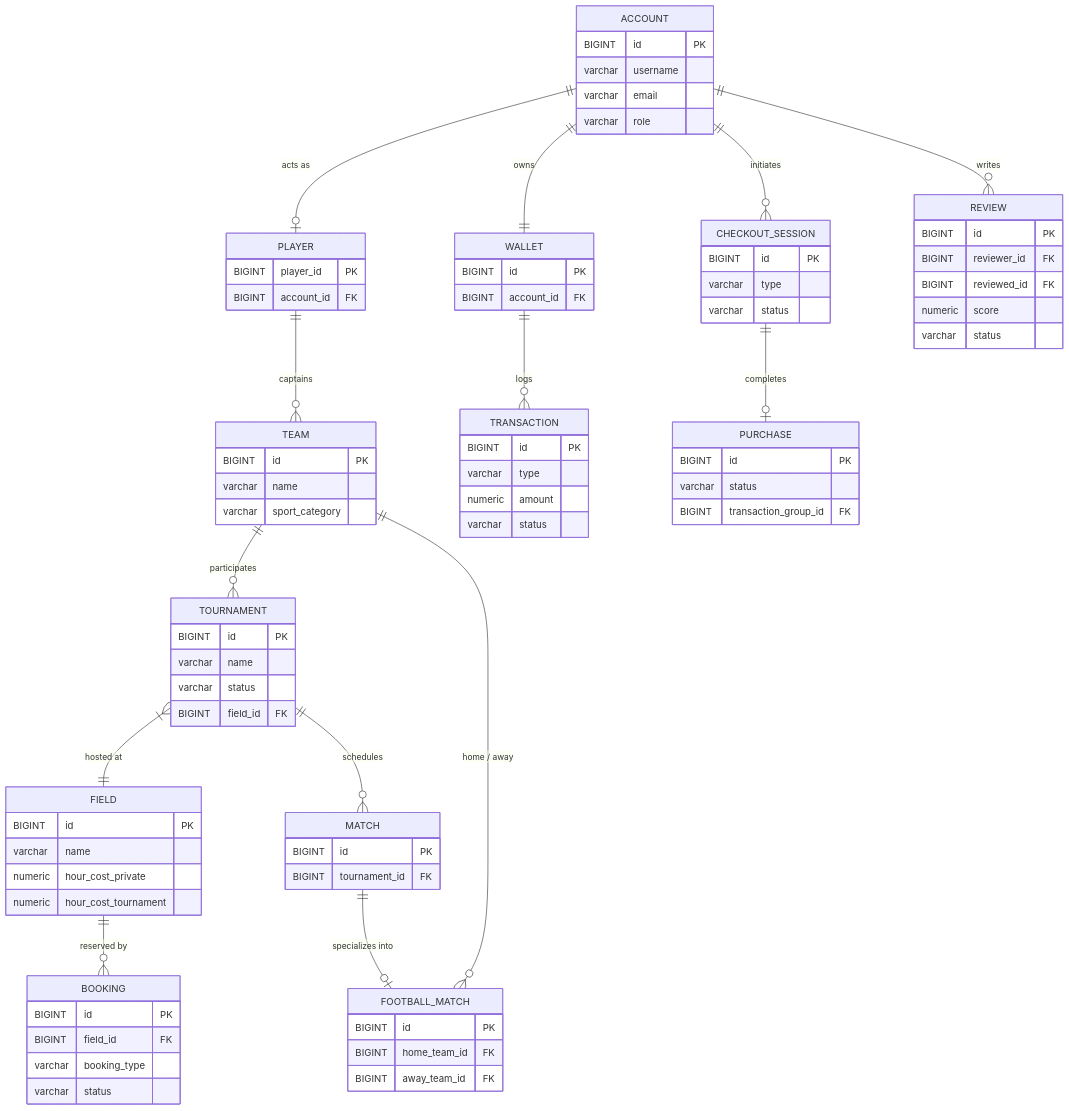
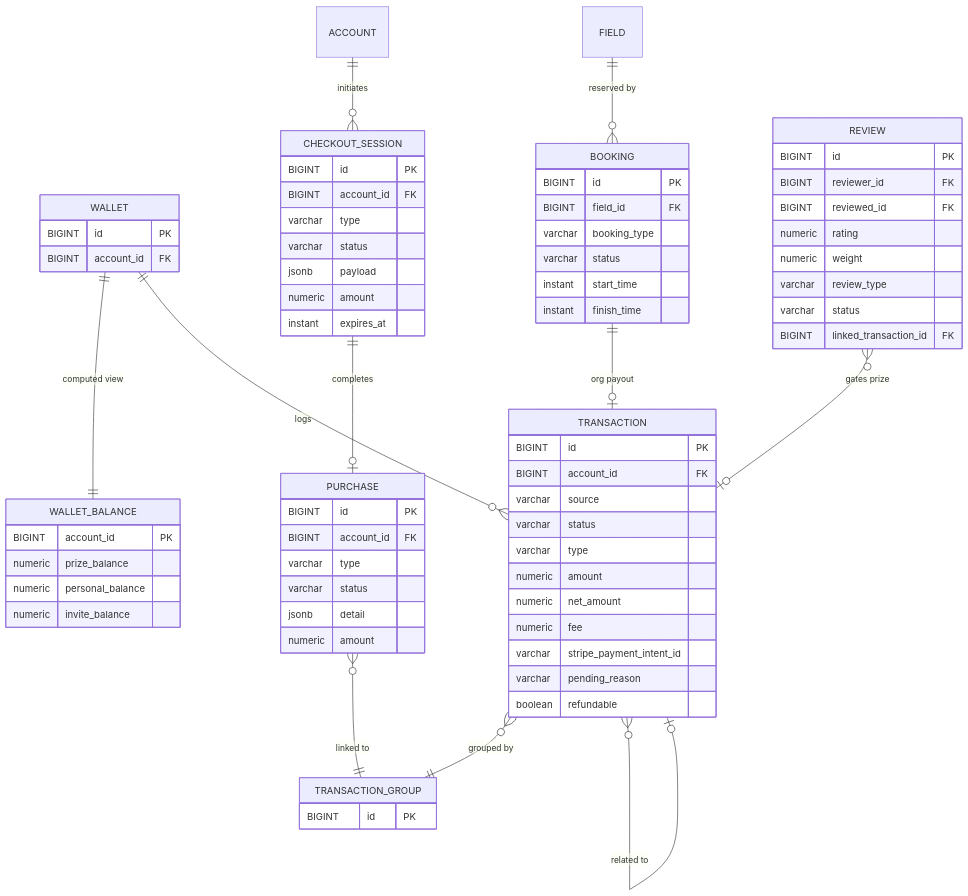
Before and after one commit to lorisdj02/atl-backend: the sixth of 6 diagrams in README.md, drawn with Mermaid. The commit also changed other lines of this file, not shown here.

Commit message:
docs: update README with comprehensive ER diagrams and tournament phase documentation

````diff
--- a/README.md
+++ b/README.md
@@ -127,86 +260,75 @@
 ```mermaid
 erDiagram
-    ACCOUNT {
-        BIGINT id PK
-        varchar username
-        varchar email
-        varchar role
-    }
-    PLAYER {
-        BIGINT player_id PK
-        BIGINT account_id FK
-    }
-    TEAM {
-        BIGINT id PK
-        varchar name
-        varchar sport_category
-    }
-    TOURNAMENT {
-        BIGINT id PK
-        varchar name
-        varchar status
-        BIGINT field_id FK
-    }
-    MATCH {
-        BIGINT id PK
-        BIGINT tournament_id FK
-    }
-    FOOTBALL_MATCH {
-        BIGINT id PK
-        BIGINT home_team_id FK
-        BIGINT away_team_id FK
-    }
-    FIELD {
-        BIGINT id PK
-        varchar name
-        numeric hour_cost_private
-        numeric hour_cost_tournament
-    }
     WALLET {
         BIGINT id PK
         BIGINT account_id FK
     }
+    WALLET_BALANCE {
+        BIGINT account_id PK
+        numeric prize_balance
+        numeric personal_balance
+        numeric invite_balance
+    }
     TRANSACTION {
         BIGINT id PK
+        BIGINT account_id FK
+        varchar source
+        varchar status
         varchar type
         numeric amount
-        varchar status
+        numeric net_amount
+        numeric fee
+        varchar stripe_payment_intent_id
+        varchar pending_reason
+        boolean refundable
+    }
+    TRANSACTION_GROUP {
+        BIGINT id PK
     }
     CHECKOUT_SESSION {
         BIGINT id PK
+        BIGINT account_id FK
         varchar type
         varchar status
+        jsonb payload
+        numeric amount
+        instant expires_at
     }
     PURCHASE {
         BIGINT id PK
+        BIGINT account_id FK
+        varchar type
         varchar status
-        BIGINT transaction_group_id FK
+        jsonb detail
+        numeric amount
     }
     BOOKING {
         BIGINT id PK
         BIGINT field_id FK
         varchar booking_type
         varchar status
+        instant start_time
+        instant finish_time
     }
     REVIEW {
         BIGINT id PK
         BIGINT reviewer_id FK
         BIGINT reviewed_id FK
-        numeric score
+        numeric rating
+        numeric weight
+        varchar review_type
         varchar status
+        BIGINT linked_transaction_id FK
     }
 
-    ACCOUNT ||--o| PLAYER : "acts as"
-    ACCOUNT ||--|| WALLET : "owns"
+    WALLET ||--|| WALLET_BALANCE : "computed view"
     WALLET ||--o{ TRANSACTION : "logs"
-    PLAYER ||--o{ TEAM : "captains"
-    TEAM ||--o{ TOURNAMENT : "participates"
-    TOURNAMENT }|--|| FIELD : "hosted at"
-    TOURNAMENT ||--o{ MATCH : "schedules"
-    MATCH ||--o| FOOTBALL_MATCH : "specializes into"
-    FOOTBALL_MATCH }o--|| TEAM : "home / away"
-    FIELD ||--o{ BOOKING : "reserved by"
+    TRANSACTION }o--|| TRANSACTION_GROUP : "grouped by"
+    TRANSACTION }o--o| TRANSACTION : "related to"
     ACCOUNT ||--o{ CHECKOUT_SESSION : "initiates"
     CHECKOUT_SESSION ||--o| PURCHASE : "completes"
-    ACCOUNT ||--o{ REVIEW : "writes"
+    PURCHASE }o--|| TRANSACTION_GROUP : "linked to"
+    FIELD ||--o{ BOOKING : "reserved by"
+    BOOKING ||--o| TRANSACTION : "org payout"
+    REVIEW }o--o| TRANSACTION : "gates prize"
 ```
````
